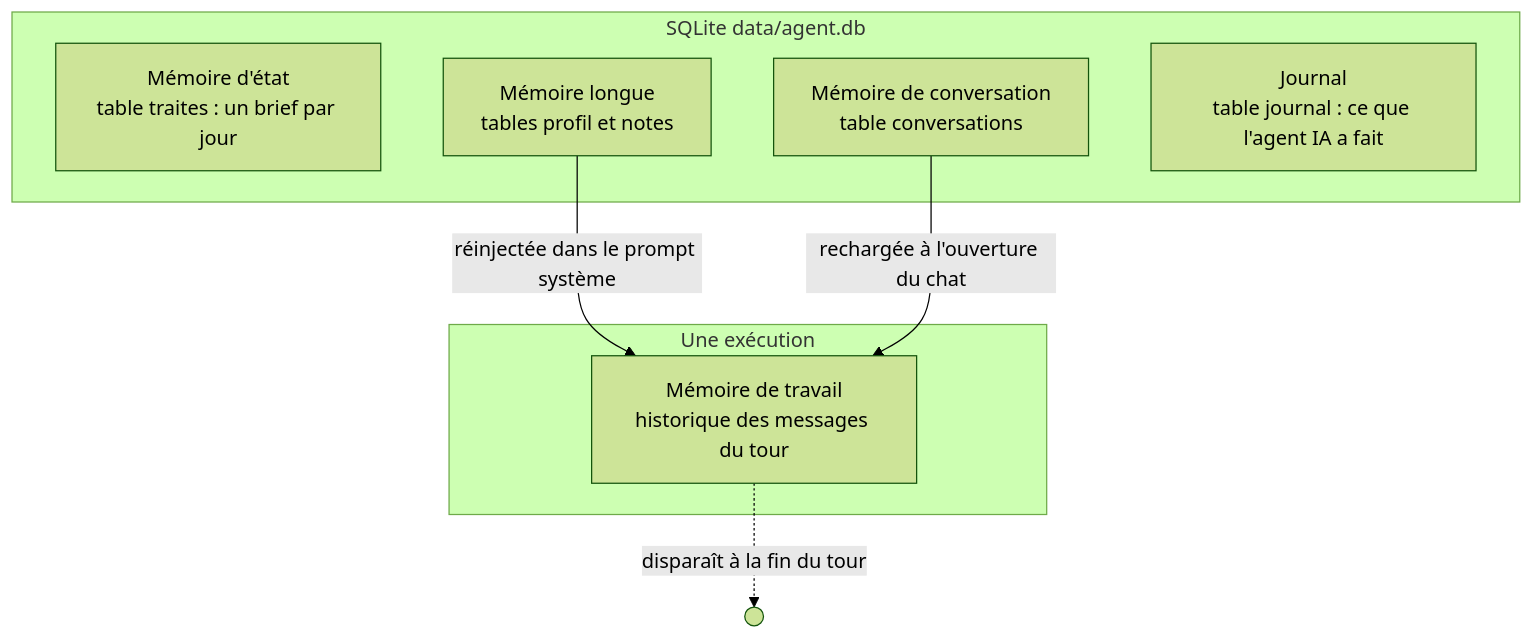
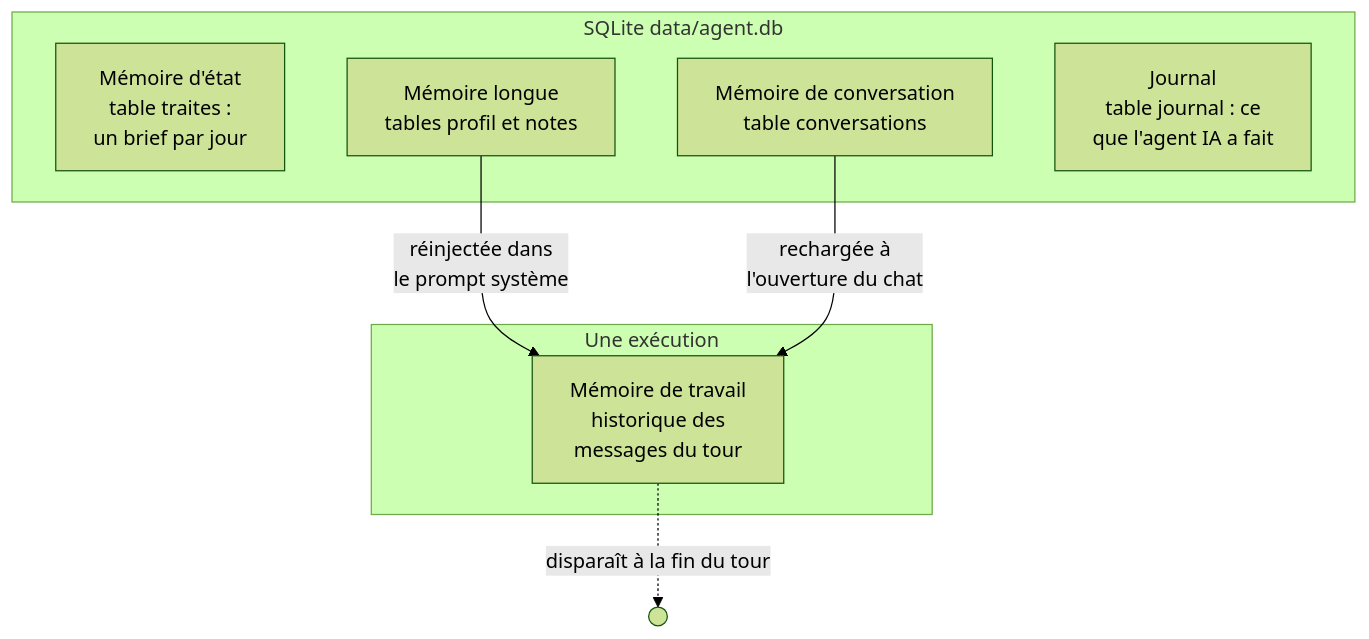
Before and after one commit to lecinquiemejour-code/goodvibe-tuto: the fifth of 42 diagrams in tuto-goodvibe-vibecoding.md, drawn with Mermaid (forest theme). The commit also changed other lines of this file and 1 other file, not shown here.

First line of the commit message:
fix(tuto, readme): lignes des boîtes redécoupées dans tous les diagrammes, pour ne plus être coupées sur GitHub

````diff
--- a/tuto-goodvibe-vibecoding.md
+++ b/tuto-goodvibe-vibecoding.md
@@ -420,15 +420,15 @@
 ```mermaid
 flowchart TD
     subgraph Une exécution
-        T["Mémoire de travail<br/>historique des messages du tour"]
+        T["Mémoire de travail<br/>historique des<br/>messages du tour"]
     end
     subgraph SQLite data/agent.db
-        E["Mémoire d'état<br/>table traites : un brief par jour"]
+        E["Mémoire d'état<br/>table traites :<br/>un brief par jour"]
         L["Mémoire longue<br/>tables profil et notes"]
         C["Mémoire de conversation<br/>table conversations"]
-        J["Journal<br/>table journal : ce que l'agent IA a fait"]
+        J["Journal<br/>table journal : ce<br/>que l'agent IA a fait"]
     end
     T -. "disparaît à la fin du tour" .-> X((" "))
-    L -- "réinjectée dans le prompt système" --> T
-    C -- "rechargée à l'ouverture du chat" --> T
+    L -- "réinjectée dans<br/>le prompt système" --> T
+    C -- "rechargée à<br/>l'ouverture du chat" --> T
 ```
````
